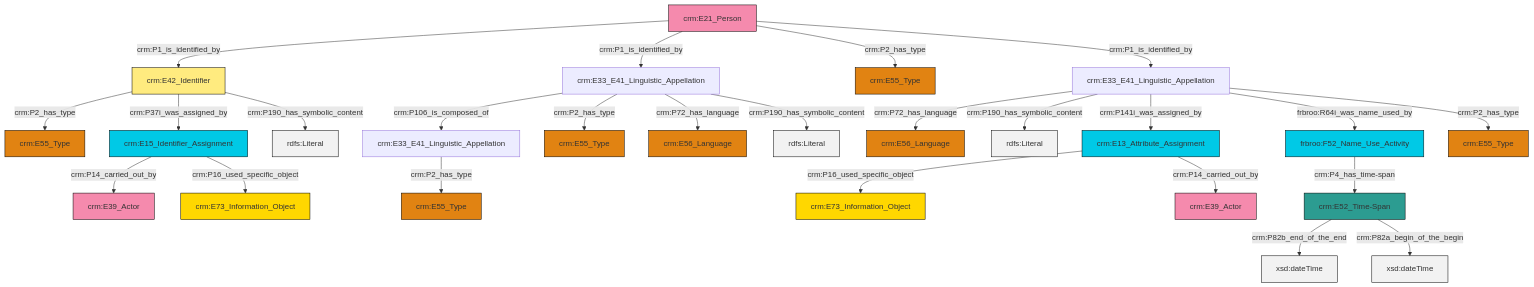
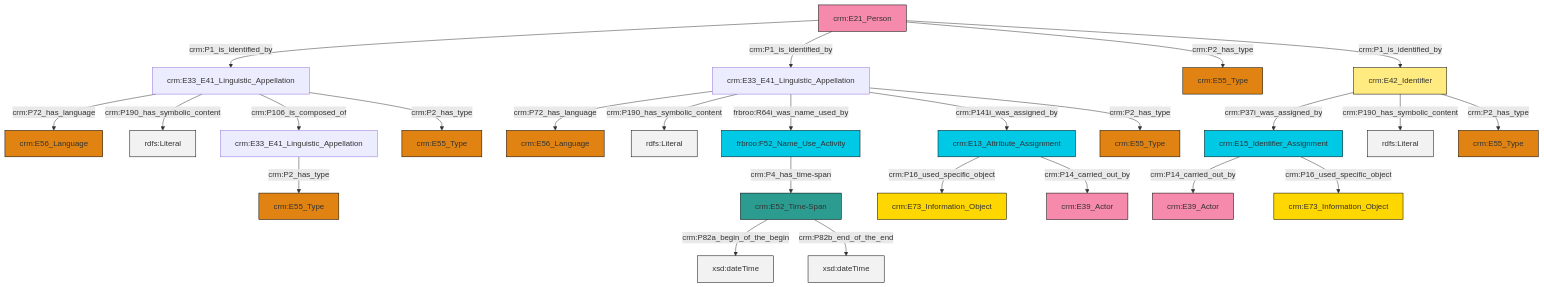
One commit to swiss-art-research-net/docs.swissartresearch changed the diagram in et/personCSV/ttl/mmd/Person_Names_and_Classification.ttl.mmd. Above: the diagram before and after it, drawn with Mermaid. The commit also changed 183 other files, not shown here.

```diff
--- a/et/personCSV/ttl/mmd/Person_Names_and_Classification.ttl.mmd
+++ b/et/personCSV/ttl/mmd/Person_Names_and_Classification.ttl.mmd
@@ -1,39 +1,39 @@
 graph TD
 classDef Literal fill:#f2f2f2,stroke:#000000;
 classDef CRM_Entity fill:#FFFFFF,stroke:#000000;
 classDef Temporal_Entity fill:#00C9E6, stroke:#000000;
 classDef Type fill:#E18312, stroke:#000000;
 classDef Time-Span fill:#2C9C91, stroke:#000000;
 classDef Appellation fill:#FFEB7F, stroke:#000000;
 classDef Place fill:#008836, stroke:#000000;
 classDef Persistent_Item fill:#B266B2, stroke:#000000;
 classDef Conceptual_Object fill:#FFD700, stroke:#000000;
 classDef Physical_Thing fill:#D2B48C, stroke:#000000;
 classDef Actor fill:#f58aad, stroke:#000000;
 classDef PC_Classes fill:#4ce600, stroke:#000000;
 classDef Multi fill:#cccccc,stroke:#000000;
 
-2["crm:E33_E41_Linguistic_Appellation"]:::Default -->|crm:P72_has_language| 3["crm:E56_Language"]:::Type
-4["crm:E33_E41_Linguistic_Appellation"]:::Default -->|crm:P106_is_composed_of| 5["crm:E33_E41_Linguistic_Appellation"]:::Default
-7["crm:E15_Identifier_Assignment"]:::Temporal_Entity -->|crm:P14_carried_out_by| 8["crm:E39_Actor"]:::Actor
-11["crm:E52_Time-Span"]:::Time-Span -->|crm:P82b_end_of_the_end| 12[xsd:dateTime]:::Literal
-13["crm:E42_Identifier"]:::Appellation -->|crm:P2_has_type| 0["crm:E55_Type"]:::Type
-7["crm:E15_Identifier_Assignment"]:::Temporal_Entity -->|crm:P16_used_specific_object| 16["crm:E73_Information_Object"]:::Conceptual_Object
-4["crm:E33_E41_Linguistic_Appellation"]:::Default -->|crm:P2_has_type| 17["crm:E55_Type"]:::Type
-2["crm:E33_E41_Linguistic_Appellation"]:::Default -->|crm:P190_has_symbolic_content| 18[rdfs:Literal]:::Literal
-4["crm:E33_E41_Linguistic_Appellation"]:::Default -->|crm:P72_has_language| 19["crm:E56_Language"]:::Type
-11["crm:E52_Time-Span"]:::Time-Span -->|crm:P82a_begin_of_the_begin| 20[xsd:dateTime]:::Literal
-21["frbroo:F52_Name_Use_Activity"]:::Temporal_Entity -->|crm:P4_has_time-span| 11["crm:E52_Time-Span"]:::Time-Span
-4["crm:E33_E41_Linguistic_Appellation"]:::Default -->|crm:P190_has_symbolic_content| 22[rdfs:Literal]:::Literal
-26["crm:E13_Attribute_Assignment"]:::Temporal_Entity -->|crm:P16_used_specific_object| 27["crm:E73_Information_Object"]:::Conceptual_Object
-2["crm:E33_E41_Linguistic_Appellation"]:::Default -->|crm:P141i_was_assigned_by| 26["crm:E13_Attribute_Assignment"]:::Temporal_Entity
-34["crm:E21_Person"]:::Actor -->|crm:P1_is_identified_by| 13["crm:E42_Identifier"]:::Appellation
-34["crm:E21_Person"]:::Actor -->|crm:P1_is_identified_by| 4["crm:E33_E41_Linguistic_Appellation"]:::Default
-26["crm:E13_Attribute_Assignment"]:::Temporal_Entity -->|crm:P14_carried_out_by| 29["crm:E39_Actor"]:::Actor
-13["crm:E42_Identifier"]:::Appellation -->|crm:P37i_was_assigned_by| 7["crm:E15_Identifier_Assignment"]:::Temporal_Entity
-2["crm:E33_E41_Linguistic_Appellation"]:::Default -->|frbroo:R64i_was_name_used_by| 21["frbroo:F52_Name_Use_Activity"]:::Temporal_Entity
-34["crm:E21_Person"]:::Actor -->|crm:P2_has_type| 24["crm:E55_Type"]:::Type
-34["crm:E21_Person"]:::Actor -->|crm:P1_is_identified_by| 2["crm:E33_E41_Linguistic_Appellation"]:::Default
-5["crm:E33_E41_Linguistic_Appellation"]:::Default -->|crm:P2_has_type| 38["crm:E55_Type"]:::Type
-2["crm:E33_E41_Linguistic_Appellation"]:::Default -->|crm:P2_has_type| 9["crm:E55_Type"]:::Type
-13["crm:E42_Identifier"]:::Appellation -->|crm:P190_has_symbolic_content| 46[rdfs:Literal]:::Literal
+8["crm:E33_E41_Linguistic_Appellation"]:::Default -->|crm:P72_has_language| 9["crm:E56_Language"]:::Type
+10["crm:E52_Time-Span"]:::Time-Span -->|crm:P82a_begin_of_the_begin| 11[xsd:dateTime]:::Literal
+12["crm:E42_Identifier"]:::Appellation -->|crm:P37i_was_assigned_by| 13["crm:E15_Identifier_Assignment"]:::Temporal_Entity
+14["frbroo:F52_Name_Use_Activity"]:::Temporal_Entity -->|crm:P4_has_time-span| 10["crm:E52_Time-Span"]:::Time-Span
+15["crm:E33_E41_Linguistic_Appellation"]:::Default -->|crm:P72_has_language| 2["crm:E56_Language"]:::Type
+4["crm:E21_Person"]:::Actor -->|crm:P1_is_identified_by| 15["crm:E33_E41_Linguistic_Appellation"]:::Default
+10["crm:E52_Time-Span"]:::Time-Span -->|crm:P82b_end_of_the_end| 22[xsd:dateTime]:::Literal
+25["crm:E13_Attribute_Assignment"]:::Temporal_Entity -->|crm:P16_used_specific_object| 16["crm:E73_Information_Object"]:::Conceptual_Object
+25["crm:E13_Attribute_Assignment"]:::Temporal_Entity -->|crm:P14_carried_out_by| 26["crm:E39_Actor"]:::Actor
+15["crm:E33_E41_Linguistic_Appellation"]:::Default -->|crm:P190_has_symbolic_content| 28[rdfs:Literal]:::Literal
+4["crm:E21_Person"]:::Actor -->|crm:P1_is_identified_by| 8["crm:E33_E41_Linguistic_Appellation"]:::Default
+23["crm:E33_E41_Linguistic_Appellation"]:::Default -->|crm:P2_has_type| 29["crm:E55_Type"]:::Type
+8["crm:E33_E41_Linguistic_Appellation"]:::Default -->|crm:P190_has_symbolic_content| 35[rdfs:Literal]:::Literal
+13["crm:E15_Identifier_Assignment"]:::Temporal_Entity -->|crm:P14_carried_out_by| 18["crm:E39_Actor"]:::Actor
+8["crm:E33_E41_Linguistic_Appellation"]:::Default -->|frbroo:R64i_was_name_used_by| 14["frbroo:F52_Name_Use_Activity"]:::Temporal_Entity
+8["crm:E33_E41_Linguistic_Appellation"]:::Default -->|crm:P141i_was_assigned_by| 25["crm:E13_Attribute_Assignment"]:::Temporal_Entity
+15["crm:E33_E41_Linguistic_Appellation"]:::Default -->|crm:P106_is_composed_of| 23["crm:E33_E41_Linguistic_Appellation"]:::Default
+4["crm:E21_Person"]:::Actor -->|crm:P2_has_type| 20["crm:E55_Type"]:::Type
+12["crm:E42_Identifier"]:::Appellation -->|crm:P190_has_symbolic_content| 41[rdfs:Literal]:::Literal
+8["crm:E33_E41_Linguistic_Appellation"]:::Default -->|crm:P2_has_type| 42["crm:E55_Type"]:::Type
+12["crm:E42_Identifier"]:::Appellation -->|crm:P2_has_type| 30["crm:E55_Type"]:::Type
+13["crm:E15_Identifier_Assignment"]:::Temporal_Entity -->|crm:P16_used_specific_object| 0["crm:E73_Information_Object"]:::Conceptual_Object
+15["crm:E33_E41_Linguistic_Appellation"]:::Default -->|crm:P2_has_type| 6["crm:E55_Type"]:::Type
+4["crm:E21_Person"]:::Actor -->|crm:P1_is_identified_by| 12["crm:E42_Identifier"]:::Appellation
```
